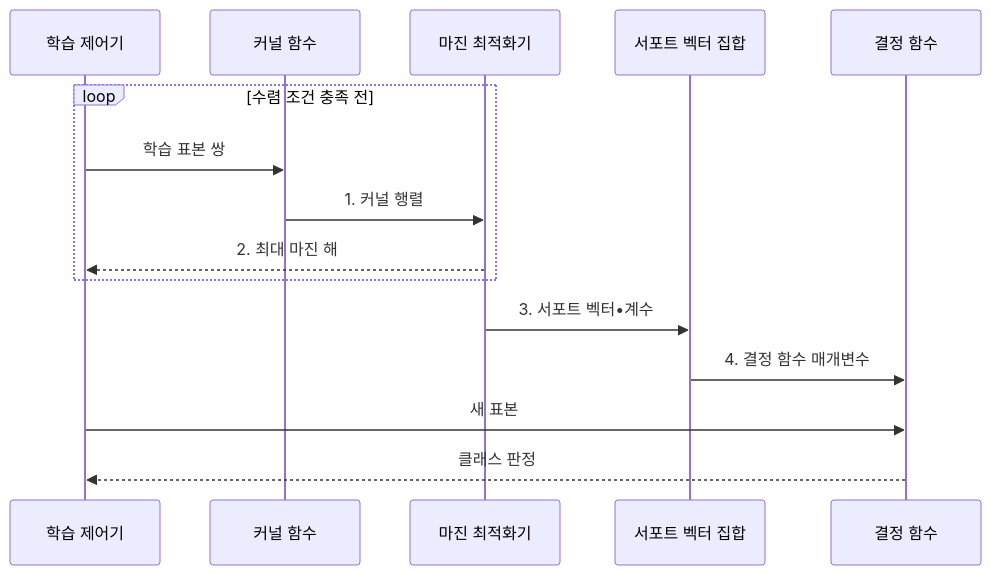
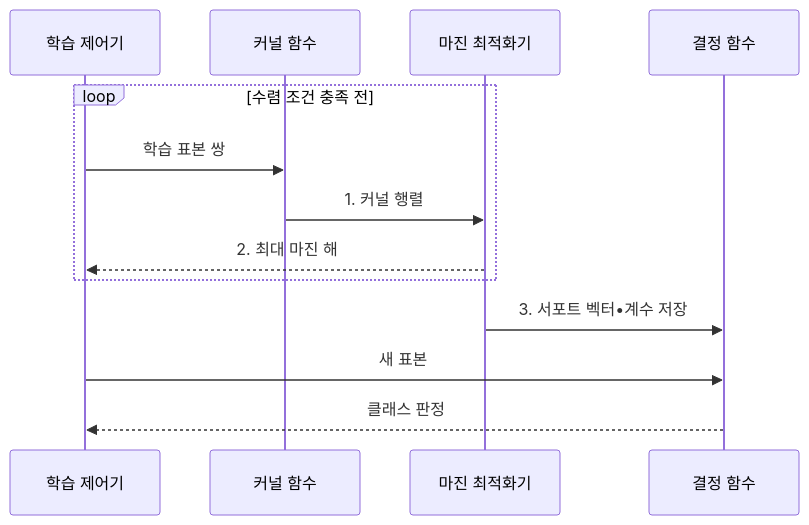
One commit to agnusdei1207/knowledge-base changed the second of 2 diagrams in src/content/docs/notes/01-basic-theory/050_svm.md. Above: the diagram before and after it, drawn with Mermaid. The commit also changed other lines of this file and 4 other files, not shown here.

Commit message:
Simplify statistical learning flows

````diff
--- a/src/content/docs/notes/01-basic-theory/050_svm.md
+++ b/src/content/docs/notes/01-basic-theory/050_svm.md
@@ -99,17 +99,15 @@
 ```mermaid
 sequenceDiagram
     participant T as 학습 제어기
     participant K as 커널 함수
     participant O as 마진 최적화기
-    participant S as 서포트 벡터 집합
     participant F as 결정 함수
     loop 수렴 조건 충족 전
         T->>K: 학습 표본 쌍
         K->>O: 1. 커널 행렬
         O-->>T: 2. 최대 마진 해
     end
-    O->>S: 3. 서포트 벡터•계수
-    S->>F: 4. 결정 함수 매개변수
+    O->>F: 3. 서포트 벡터•계수 저장
     T->>F: 새 표본
     F-->>T: 클래스 판정
 ```
````
